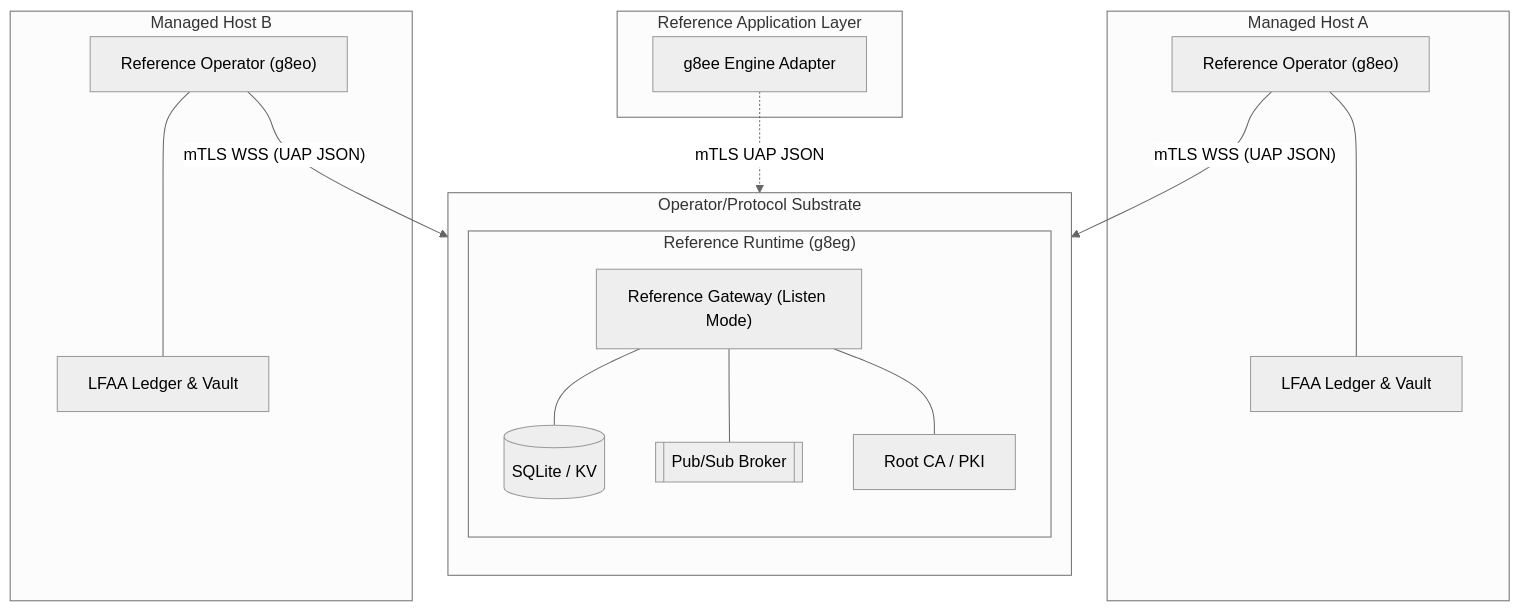
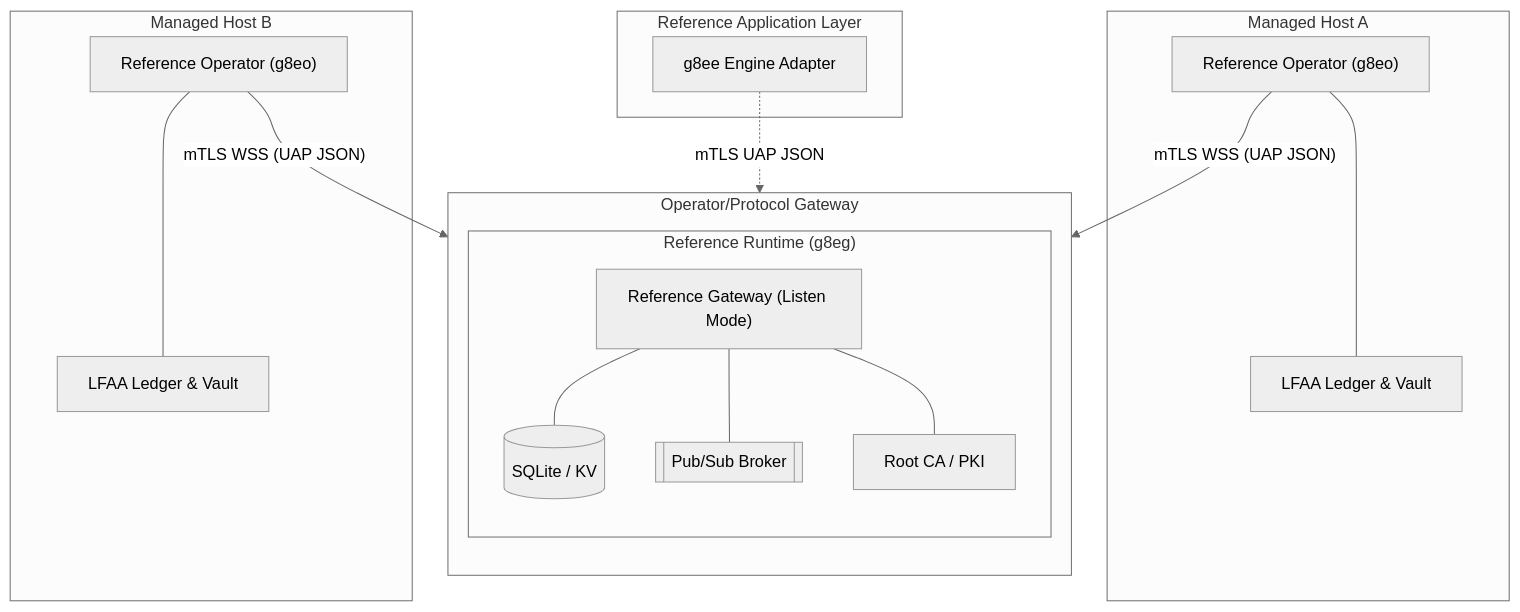
One commit to g8e-ai/g8e changed the first of 2 diagrams in docs/g8eg.md. Above: the diagram before and after it, drawn with Mermaid (neutral theme). The commit also changed other lines of this file and 92 other files, not shown here.

````diff
--- a/docs/g8eg.md
+++ b/docs/g8eg.md
@@ -33,33 +33,33 @@
 ```mermaid
 flowchart TD
-    subgraph Hub ["Operator/Protocol Substrate"]
+    subgraph Hub ["Operator/Protocol Gateway"]
         direction TB
         subgraph Persistence ["Reference Runtime (g8eg)"]
             listen["Reference Gateway (Listen Mode)"]
             db[("SQLite / KV")]
             ps[["Pub/Sub Broker"]]
             ca["Root CA / PKI"]
             
             listen --- db
             listen --- ps
             listen --- ca
         end
     end
 
     subgraph Apps ["Reference Application Layer"]
         g8ee["g8ee Engine Adapter"]
     end
 
     g8ee -. "mTLS UAP JSON" .-> listen
 
     subgraph EP_A ["Managed Host A"]
         g8eoA["Reference Operator (g8eo)"] --- LFAA_A["LFAA Ledger & Vault"]
     end
 
     subgraph EP_B ["Managed Host B"]
         g8eoB["Reference Operator (g8eo)"] --- LFAA_B["LFAA Ledger & Vault"]
     end
 
     g8eoA -- "mTLS WSS (UAP JSON)" --> listen
     g8eoB -- "mTLS WSS (UAP JSON)" --> listen
 ```
````
